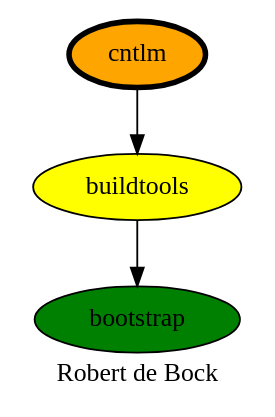
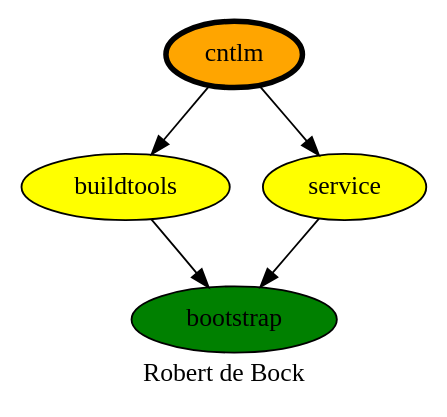
Before and after one commit to robertdebock/drawings: the diagram in cntlm.dot, drawn with Graphviz. The commit also changed 7 other files, not shown here.

```diff
--- a/cntlm.dot
+++ b/cntlm.dot
@@ -1,11 +1,12 @@
 digraph PhiloDilemma {
   label = "Robert de Bock" ;
   overlap=false
   {
     bootstrap [fillcolor=green style=filled]
     buildtools [fillcolor=yellow style=filled]
+    service [fillcolor=yellow style=filled]
     cntlm [fillcolor=orange style=filled penwidth=3]
   }
-  cntlm -> buildtools
-  buildtools -> bootstrap
+  cntlm -> {buildtools service}
+  {buildtools service} -> bootstrap
 }
```
